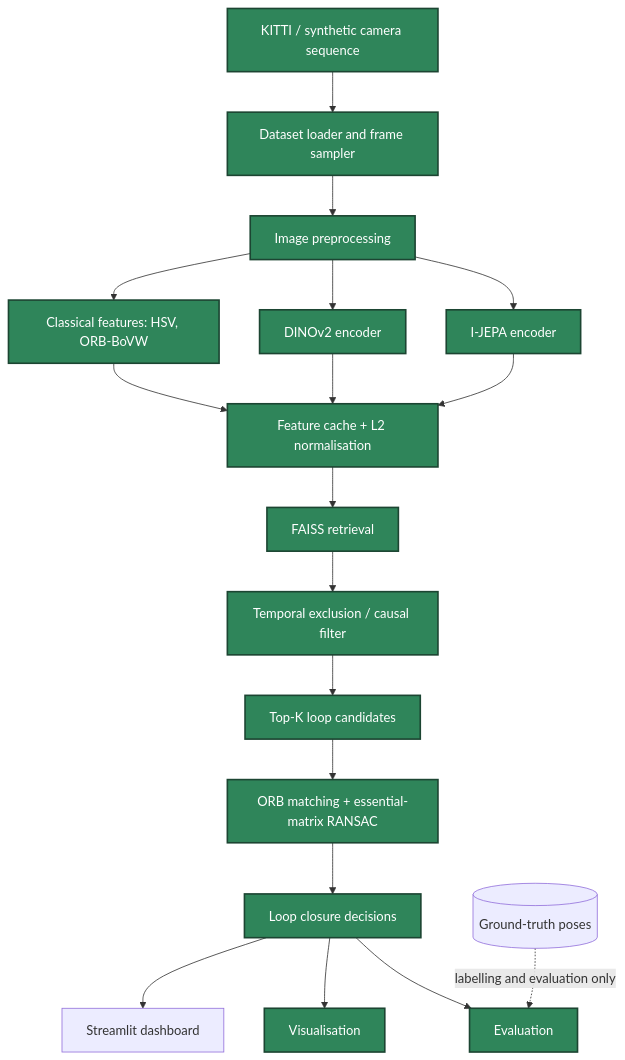
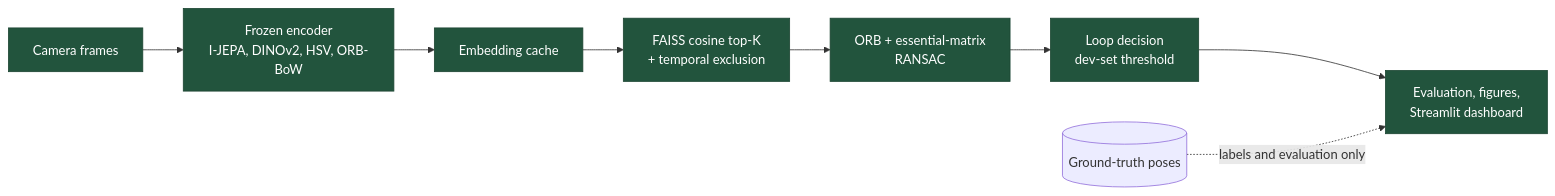
One commit to harishnr93/jepa-slam changed the diagram in README.md. Above: the diagram before and after it, drawn with Mermaid. The commit also changed other lines of this file and 414 other files, not shown here.

Commit message:
Phase 7 & 8 - Dashboard, integration, Benchmark v2 with DINOv3

````diff
--- a/README.md
+++ b/README.md
@@ -67,20 +41,12 @@
 ```mermaid
-flowchart TD
-    A[KITTI / synthetic camera sequence] --> B[Dataset loader and frame sampler]
-    B --> C[Image preprocessing]
-    C --> D1[I-JEPA encoder]
-    C --> D2[DINOv2 encoder]
-    C --> D3[Classical features: HSV, ORB-BoVW]
-    D1 & D2 & D3 --> E[Feature cache + L2 normalisation]
-    E --> F[FAISS retrieval]
-    F --> G[Temporal exclusion / causal filter]
-    G --> H[Top-K loop candidates]
-    H --> I[ORB matching + essential-matrix RANSAC]
-    I --> J[Loop closure decisions]
-    J --> K1[Evaluation]
-    J --> K2[Visualisation]
-    J --> K3[Streamlit dashboard]
-    GT[(Ground-truth poses)] -. labelling and evaluation only .-> K1
-    classDef done fill:#2f855a,stroke:#1c4532,color:#ffffff,stroke-width:2px
-    class A,B,C,D1,D2,D3,E,F,G,H,I,J,K1,K2 done
+flowchart LR
+    A[Camera frames] --> B[Frozen encoder<br/>I-JEPA, DINOv2, HSV, ORB-BoW]
+    B --> C[Embedding cache]
+    C --> D[FAISS cosine top-K<br/>+ temporal exclusion]
+    D --> E[ORB + essential-matrix<br/>RANSAC]
+    E --> F[Loop decision<br/>dev-set threshold]
+    F --> G[Evaluation, figures,<br/>Streamlit dashboard]
+    GT[(Ground-truth poses)] -. labels and evaluation only .-> G
+    classDef s fill:#22543d,stroke:#1c4532,color:#ffffff
+    class A,B,C,D,E,F,G s
 ```
````
